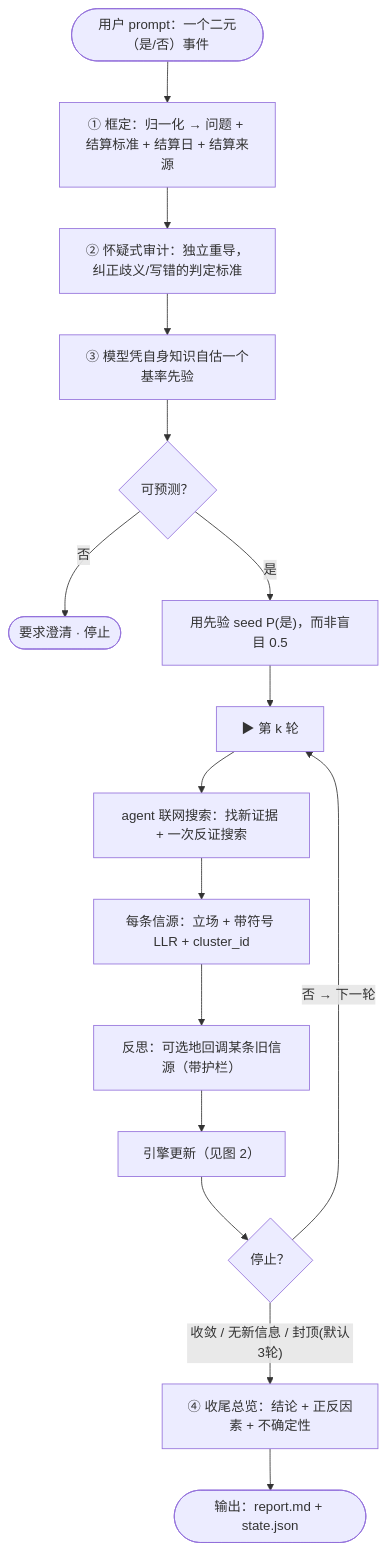
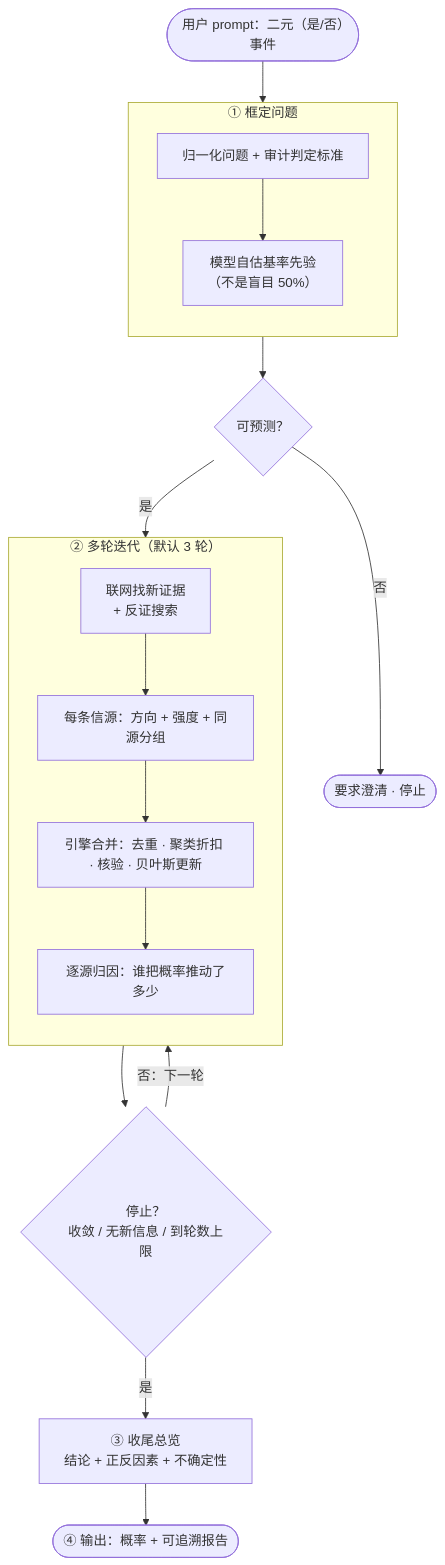
One commit to Alchemist-X/autonomous-poly-trading changed the first of 3 diagrams in scripts/forecast/DIAGRAM.md. Above: the diagram before and after it, drawn with Mermaid. The commit also changed other lines of this file, not shown here.

Commit message:
docs(forecast): single overview diagram (4 phases) as primary; detail diagrams to appendix

````diff
--- a/scripts/forecast/DIAGRAM.md
+++ b/scripts/forecast/DIAGRAM.md
@@ -8,18 +8,25 @@
 ```mermaid
 flowchart TD
-    P(["用户 prompt：一个二元（是/否）事件"]) --> F0["① 框定：归一化 → 问题 + 结算标准 + 结算日 + 结算来源"]
-    F0 --> A0["② 怀疑式审计：独立重导，纠正歧义/写错的判定标准"]
-    A0 --> PR["③ 模型凭自身知识自估一个基率先验"]
-    PR --> FC{"可预测？"}
-    FC -- 否 --> CL(["要求澄清 · 停止"])
-    FC -- 是 --> SEED["用先验 seed P(是)，而非盲目 0.5"]
-    SEED --> RND["▶ 第 k 轮"]
-    RND --> S["agent 联网搜索：找新证据 + 一次反证搜索"]
-    S --> SC["每条信源：立场 + 带符号 LLR + cluster_id"]
-    SC --> RF["反思：可选地回调某条旧信源（带护栏）"]
-    RF --> EN["引擎更新（见图 2）"]
-    EN --> ST{"停止？"}
-    ST -- "否 → 下一轮" --> RND
-    ST -- "收敛 / 无新信息 / 封顶(默认3轮)" --> SM["④ 收尾总览：结论 + 正反因素 + 不确定性"]
-    SM --> OUT(["输出：report.md + state.json"])
+    P(["用户 prompt：二元（是/否）事件"]) --> FRAME
+
+    subgraph FRAME["① 框定问题"]
+        direction TB
+        F["归一化问题 + 审计判定标准"] --> PR["模型自估基率先验<br/>（不是盲目 50%）"]
+    end
+
+    FRAME --> CHK{"可预测？"}
+    CHK -- 否 --> STOP(["要求澄清 · 停止"])
+    CHK -- 是 --> LOOP
+
+    subgraph LOOP["② 多轮迭代（默认 3 轮）"]
+        direction TB
+        SE["联网找新证据<br/>+ 反证搜索"] --> SC["每条信源：方向 + 强度 + 同源分组"]
+        SC --> EN["引擎合并：去重 · 聚类折扣 · 核验 · 贝叶斯更新"]
+        EN --> AT["逐源归因：谁把概率推动了多少"]
+    end
+
+    LOOP --> Q{"停止？<br/>收敛 / 无新信息 / 到轮数上限"}
+    Q -- "否：下一轮" --> LOOP
+    Q -- 是 --> SUM["③ 收尾总览<br/>结论 + 正反因素 + 不确定性"]
+    SUM --> OUT(["④ 输出：概率 + 可追溯报告"])
 ```
````
